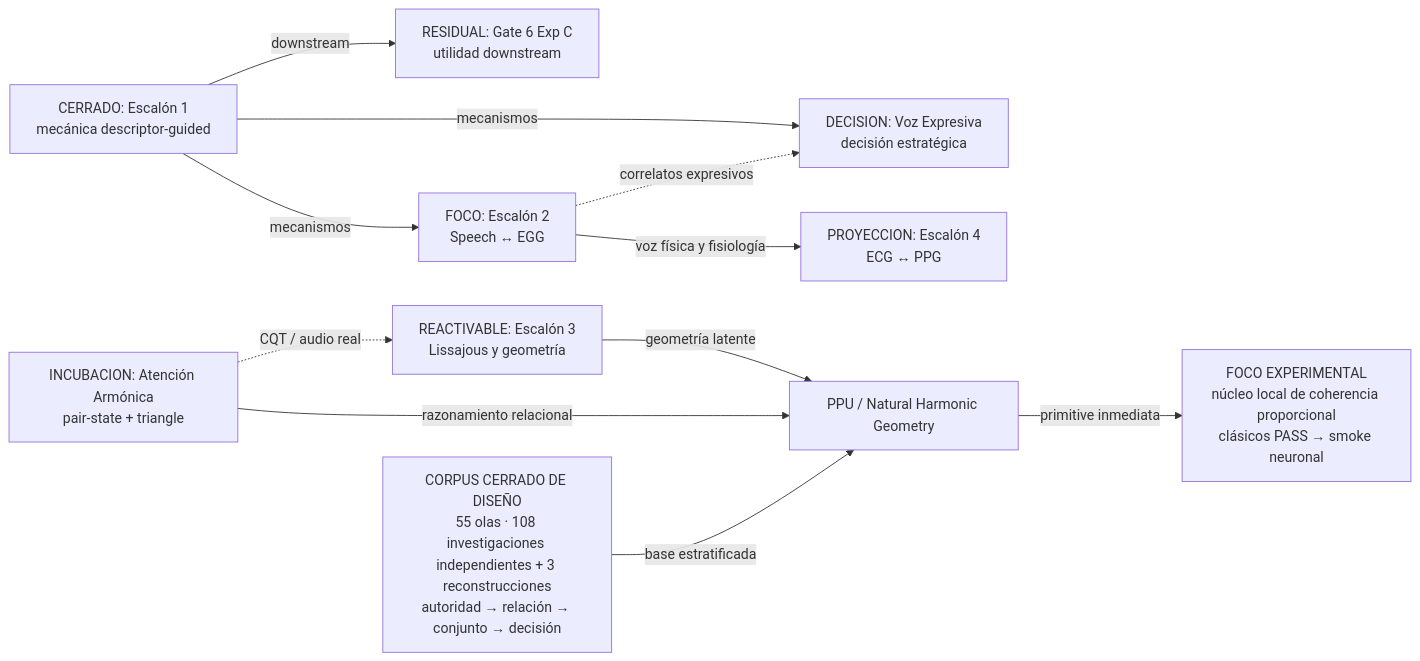
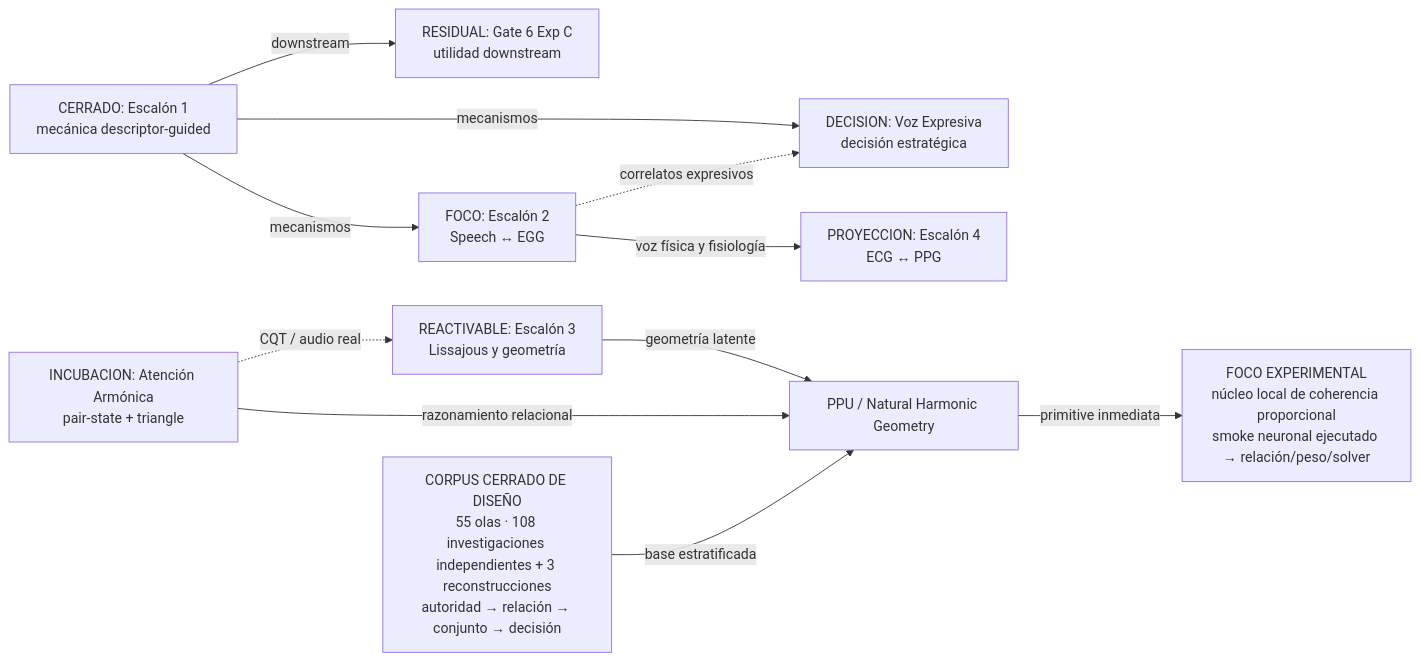
Before and after one commit to Mar-IA-no/Phideus: the first of 2 diagrams in Documents/05_WIKI/MAPA_VISUAL_DEL_PROGRAMA.md, drawn with Mermaid. The commit also changed other lines of this file and 9 other files, not shown here.

Commit message:
docs: record proportional graph neural smoke

````diff
--- a/Documents/05_WIKI/MAPA_VISUAL_DEL_PROGRAMA.md
+++ b/Documents/05_WIKI/MAPA_VISUAL_DEL_PROGRAMA.md
@@ -36,24 +38,24 @@
 ```mermaid
 flowchart LR
     E1["CERRADO: Escalón 1<br/>mecánica descriptor-guided"]
     G6["RESIDUAL: Gate 6 Exp C<br/>utilidad downstream"]
     E2["FOCO: Escalón 2<br/>Speech ↔ EGG"]
     VE["DECISION: Voz Expresiva<br/>decisión estratégica"]
     E3["REACTIVABLE: Escalón 3<br/>Lissajous y geometría"]
     AA["INCUBACION: Atención Armónica<br/>pair-state + triangle"]
     E4["PROYECCION: Escalón 4<br/>ECG ↔ PPG"]
     PPU["PPU / Natural Harmonic Geometry"]
     GT["CORPUS CERRADO DE DISEÑO<br/>55 olas · 108 investigaciones independientes + 3 reconstrucciones<br/>autoridad → relación → conjunto → decisión"]
-    NCP["FOCO EXPERIMENTAL<br/>núcleo local de coherencia proporcional<br/>clásicos PASS → smoke neuronal"]
+    NCP["FOCO EXPERIMENTAL<br/>núcleo local de coherencia proporcional<br/>smoke neuronal ejecutado → relación/peso/solver"]
 
     E1 -->|mecanismos| E2
     E1 -->|mecanismos| VE
     E1 -->|downstream| G6
     E2 -->|voz física y fisiología| E4
     E2 -.->|correlatos expresivos| VE
     E3 -->|geometría latente| PPU
     AA -->|razonamiento relacional| PPU
     GT -->|base estratificada| PPU
     PPU -->|primitive inmediata| NCP
     AA -.->|CQT / audio real| E3
 ```
````
